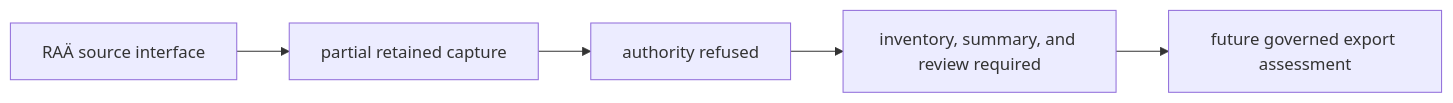
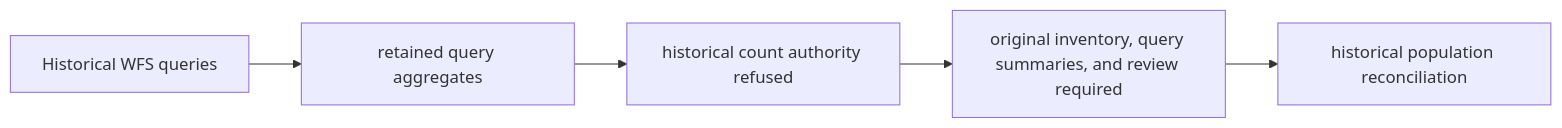
The diagram in docs/public/pollenomics-data/publications/raa-exports.md (bijux/bijux-pollenomics), drawn with Mermaid before and after one commit. The commit also changed other lines of this file and 1 other file, not shown here.

Commit message:
docs(raa): distinguish historical and native publication routes

````diff
--- a/docs/public/pollenomics-data/publications/raa-exports.md
+++ b/docs/public/pollenomics-data/publications/raa-exports.md
@@ -39,7 +45,7 @@
 ```mermaid
 flowchart LR
-    OpenData["RAÄ source interface"] --> Capture["partial retained capture"]
-    Capture --> Refusal["authority refused"]
-    Refusal --> Missing["inventory, summary, and review required"]
-    Missing --> Future["future governed export assessment"]
+    OpenData["Historical WFS queries"] --> Capture["retained query aggregates"]
+    Capture --> Refusal["historical count authority refused"]
+    Refusal --> Missing["original inventory, query summaries, and review required"]
+    Missing --> Future["historical population reconciliation"]
 ```
````
